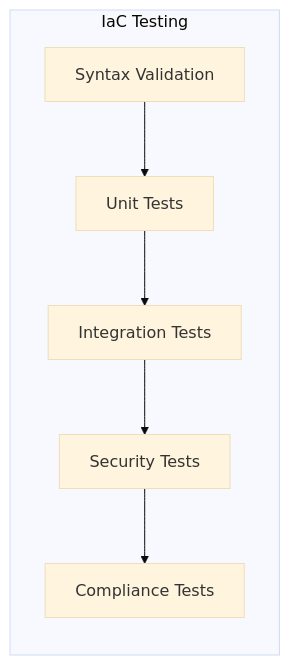
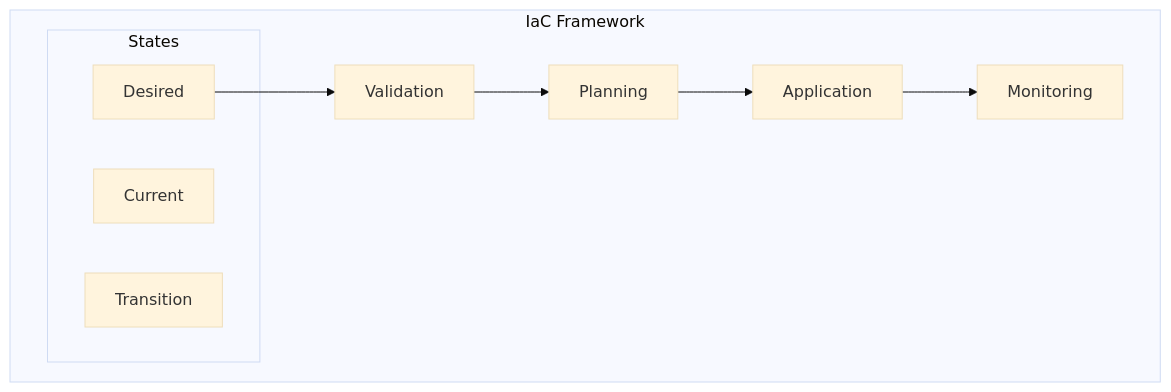
Before and after one commit to saravanakumarrc/Architecture_Journey: the second of 4 diagrams in src/Infrastructure_as_Code_Principles.md, drawn with Mermaid (base theme). The commit also changed other lines of this file and 3 other files, not shown here.

````diff
--- a/src/Infrastructure_as_Code_Principles.md
+++ b/src/Infrastructure_as_Code_Principles.md
@@ -171,11 +33,15 @@
 ```mermaid
 graph TB
-    subgraph "IaC Testing"
-        direction TB
+    subgraph "IaC Framework"
+        D[Definition] --> V[Validation]
+        V --> P[Planning]
+        P --> A[Application]
+        A --> M[Monitoring]
         
-        L1[Syntax Validation] --> L2[Unit Tests]
-        L2 --> L3[Integration Tests]
-        L3 --> L4[Security Tests]
-        L4 --> L5[Compliance Tests]
+        subgraph "States"
+            C[Current]
+            D[Desired]
+            T[Transition]
+        end
     end
 ```
````
